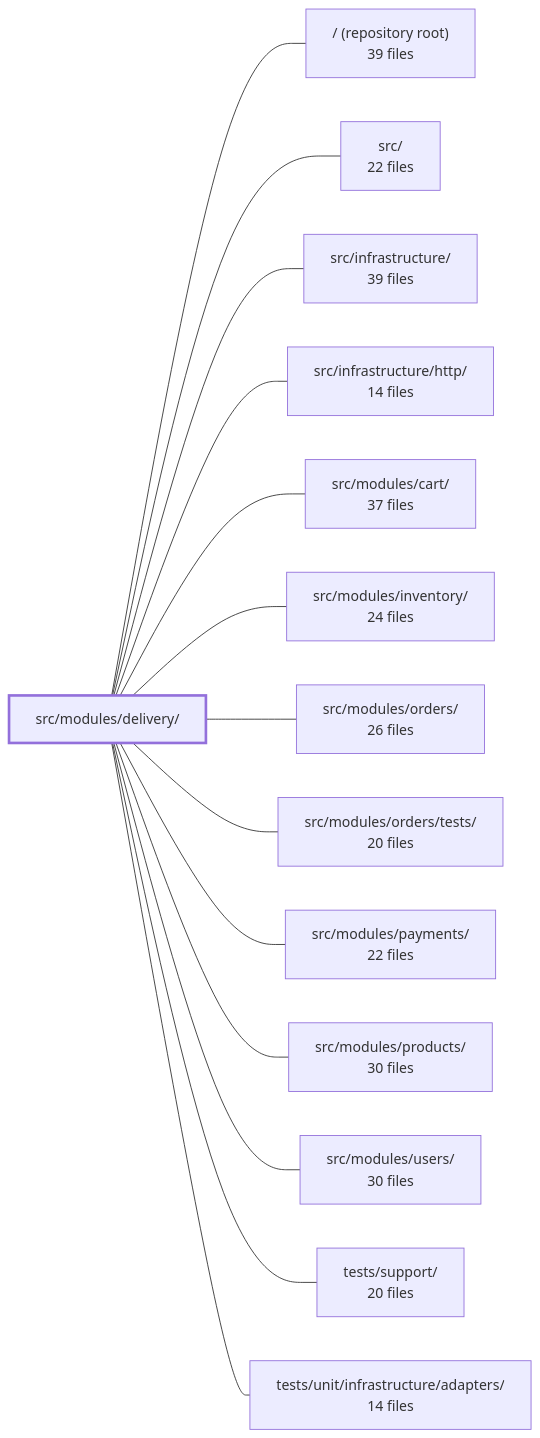
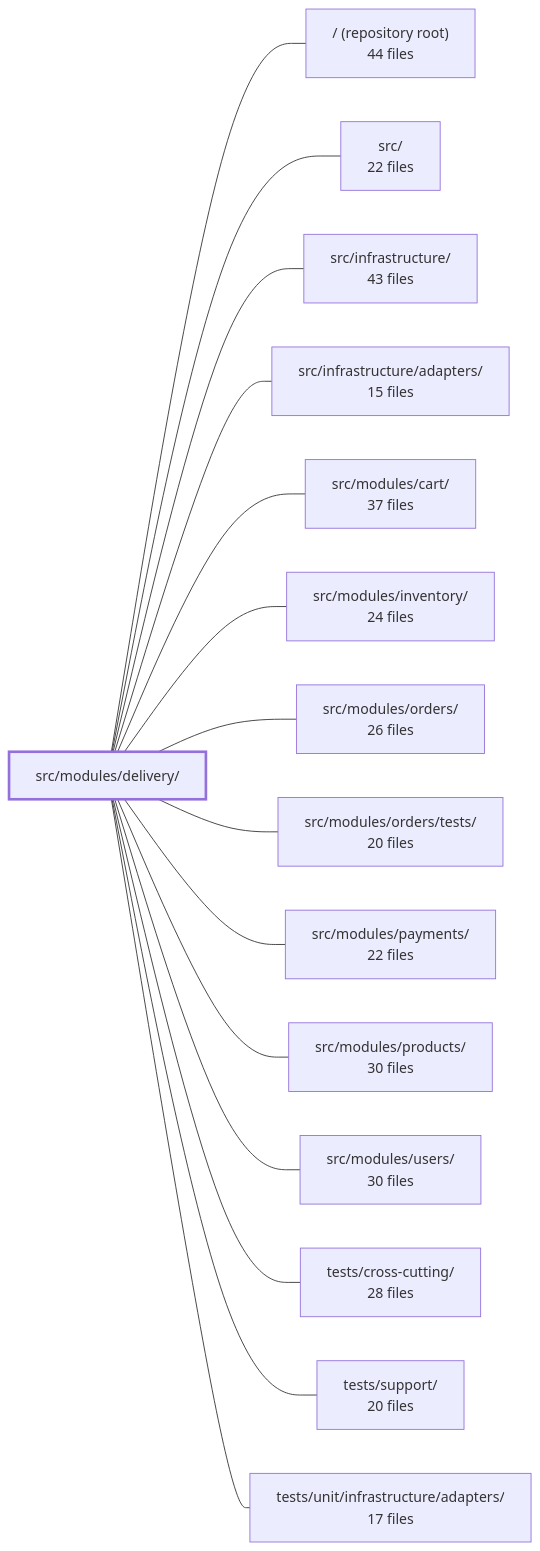
One commit to Guebbit/boilerplate-node-backend changed the diagram in .2repo/modules/boilerplate-node-backend_src_modules_delivery.md. Above: the diagram before and after it, drawn with Mermaid. The commit also changed other lines of this file and 625 other files, not shown here.

````diff
--- a/.2repo/modules/boilerplate-node-backend_src_modules_delivery.md
+++ b/.2repo/modules/boilerplate-node-backend_src_modules_delivery.md
@@ -42,31 +39,33 @@
 ```mermaid
 flowchart LR
     m_src_modules_delivery["src/modules/delivery/"]
-    m_root["/ (repository root)<br/>39 files"]
+    m_root["/ (repository root)<br/>44 files"]
     m_src["src/<br/>22 files"]
-    m_src_infrastructure["src/infrastructure/<br/>39 files"]
-    m_src_infrastructure_http["src/infrastructure/http/<br/>14 files"]
+    m_src_infrastructure["src/infrastructure/<br/>43 files"]
+    m_src_infrastructure_adapters["src/infrastructure/adapters/<br/>15 files"]
     m_src_modules_cart["src/modules/cart/<br/>37 files"]
     m_src_modules_inventory["src/modules/inventory/<br/>24 files"]
     m_src_modules_orders["src/modules/orders/<br/>26 files"]
     m_src_modules_orders_tests["src/modules/orders/tests/<br/>20 files"]
     m_src_modules_payments["src/modules/payments/<br/>22 files"]
     m_src_modules_products["src/modules/products/<br/>30 files"]
     m_src_modules_users["src/modules/users/<br/>30 files"]
+    m_tests_cross_cutting["tests/cross-cutting/<br/>28 files"]
     m_tests_support["tests/support/<br/>20 files"]
-    m_tests_unit_infrastructure_adapters["tests/unit/infrastructure/adapters/<br/>14 files"]
+    m_tests_unit_infrastructure_adapters["tests/unit/infrastructure/adapters/<br/>17 files"]
     m_src_modules_delivery --- m_root
     m_src_modules_delivery --- m_src
     m_src_modules_delivery --- m_src_infrastructure
-    m_src_modules_delivery --- m_src_infrastructure_http
+    m_src_modules_delivery --- m_src_infrastructure_adapters
     m_src_modules_delivery --- m_src_modules_cart
     m_src_modules_delivery --- m_src_modules_inventory
     m_src_modules_delivery --- m_src_modules_orders
     m_src_modules_delivery --- m_src_modules_orders_tests
     m_src_modules_delivery --- m_src_modules_payments
     m_src_modules_delivery --- m_src_modules_products
     m_src_modules_delivery --- m_src_modules_users
+    m_src_modules_delivery --- m_tests_cross_cutting
     m_src_modules_delivery --- m_tests_support
     m_src_modules_delivery --- m_tests_unit_infrastructure_adapters
     style m_src_modules_delivery stroke-width:3px
 ```
````
